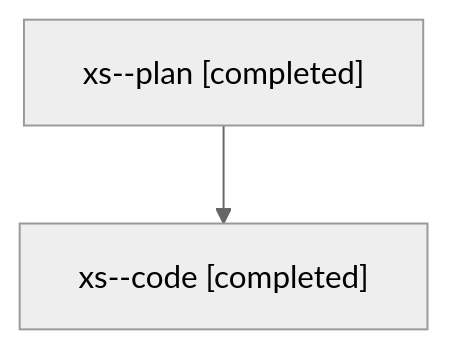
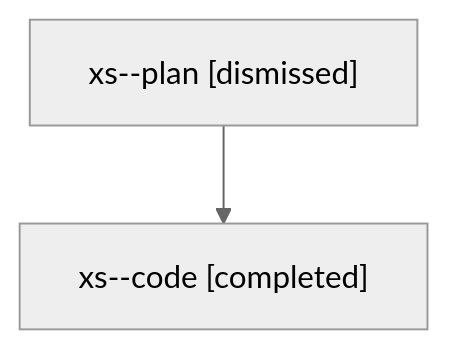
One commit to sase-org/sase--agents changed the diagram in families/bbugyi200.athena.xs.md. Above: the diagram before and after it, drawn with Mermaid (neutral theme). The commit also changed other lines of this file and 1973 other files, not shown here.

````diff
--- a/families/bbugyi200.athena.xs.md
+++ b/families/bbugyi200.athena.xs.md
@@ -9,6 +9,6 @@
 ```mermaid
 flowchart TD
-  n0["xs--plan [completed]"]
+  n0["xs--plan [dismissed]"]
   n1["xs--code [completed]"]
   n0 --> n1
 ```
````
